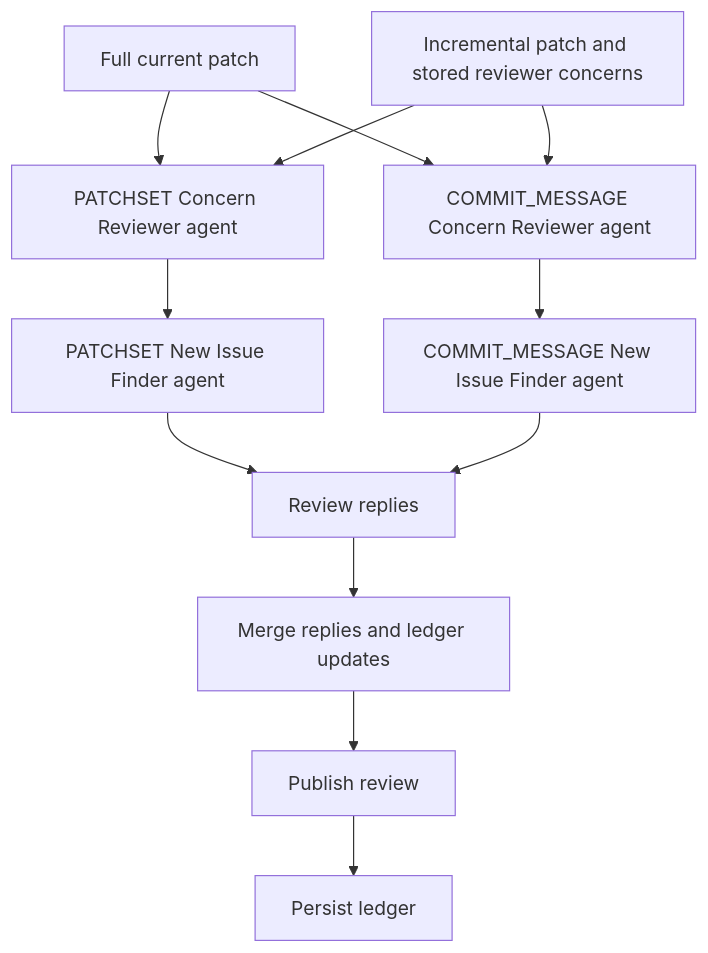
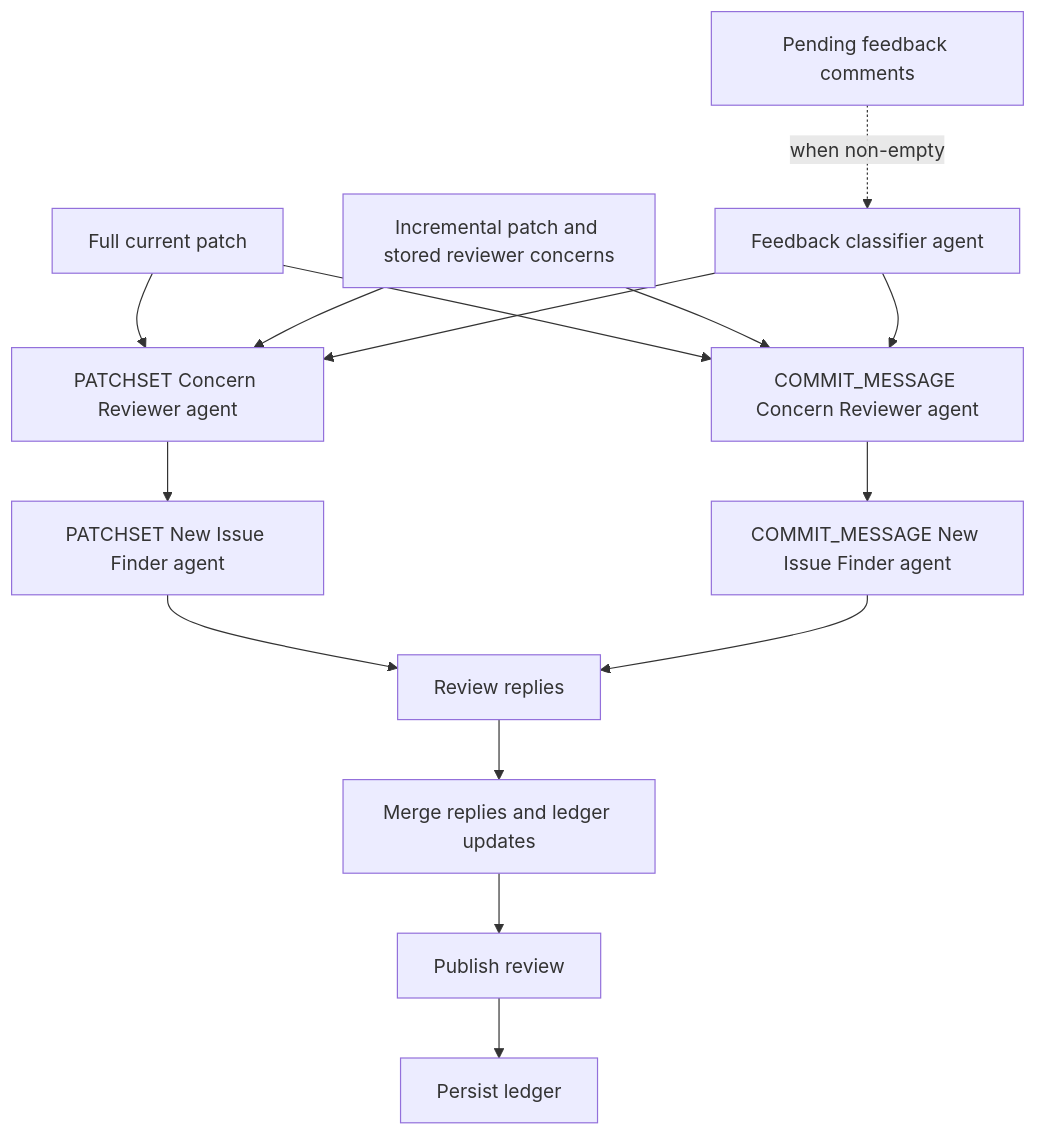
Before and after one commit to amarula/reviewai-gerrit-plugin: the seventh of 8 diagrams in docs/agent-architecture.md, drawn with Mermaid. The commit also changed other lines of this file, not shown here.

````diff
--- a/docs/agent-architecture.md
+++ b/docs/agent-architecture.md
@@ -344,14 +407,17 @@
 ```mermaid
 flowchart TD
+    R[Pending feedback comments] -. when non-empty .-> X[Feedback classifier agent]
     A[Full current patch] --> P1[PATCHSET Concern Reviewer agent]
     B[Incremental patch and stored reviewer concerns] --> P1
+    X --> P1
     P1 --> P2[PATCHSET New Issue Finder agent]
     A --> C1[COMMIT_MESSAGE Concern Reviewer agent]
     B --> C1
+    X --> C1
     C1 --> C2[COMMIT_MESSAGE New Issue Finder agent]
     P2 --> N[Review replies]
     C2 --> N
     N --> M[Merge replies and ledger updates]
     M --> S[Publish review]
     S --> T[Persist ledger]
 ```
````
